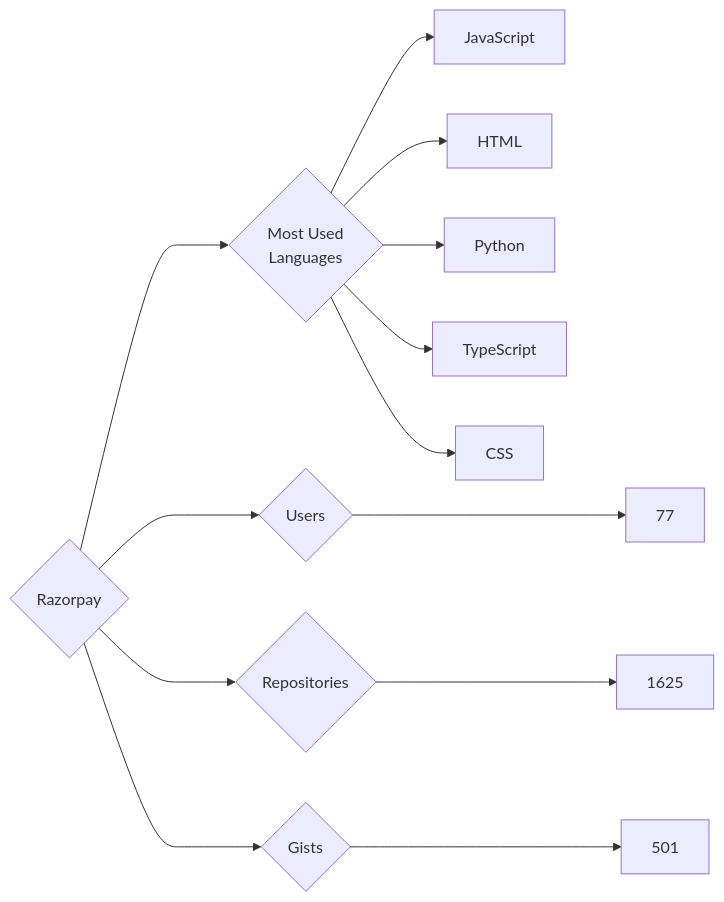
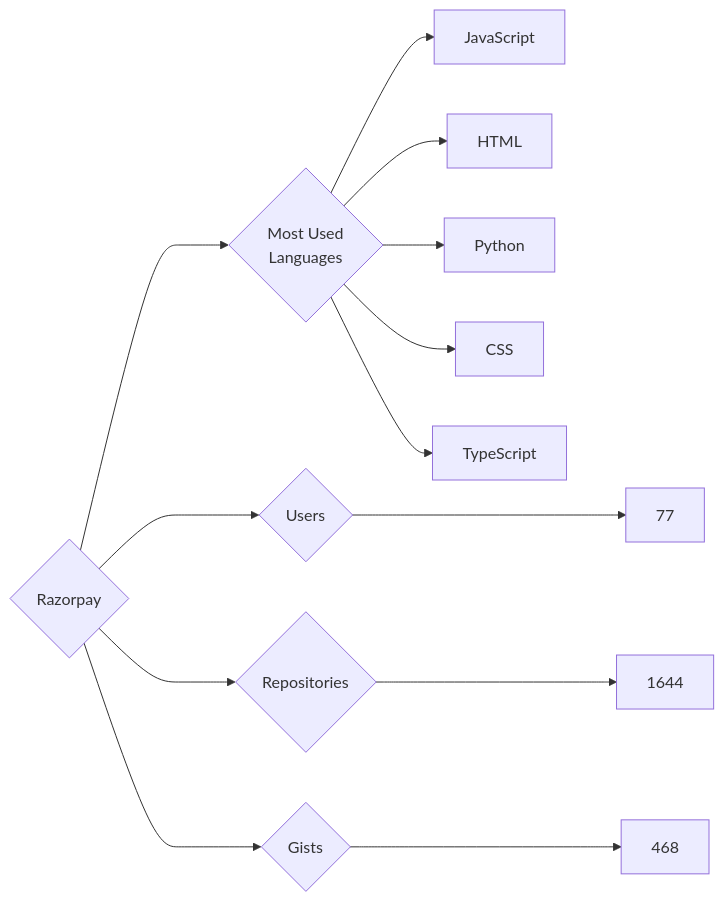
Before and after one commit to trickest/insiders: the diagram in targets/Razorpay/README.md, drawn with Mermaid. The commit also changed 903 other files, not shown here.

````diff
--- a/targets/Razorpay/README.md
+++ b/targets/Razorpay/README.md
@@ -3,13 +3,13 @@
 ```mermaid
 graph LR
 COMPANY_NAME{Razorpay}
 COMPANY_NAME ---> U{Users} ---> UN[77]
-COMPANY_NAME ---> R{Repositories} ---> RN[1625]
-COMPANY_NAME ---> G{Gists} ---> GN[501]
+COMPANY_NAME ---> R{Repositories} ---> RN[1644]
+COMPANY_NAME ---> G{Gists} ---> GN[468]
 COMPANY_NAME ---> ML{Most Used<br>Languages}
 ML --> JavaScript[JavaScript]
 ML --> HTML[HTML]
 ML --> Python[Python]
+ML --> CSS[CSS]
 ML --> TypeScript[TypeScript]
-ML --> CSS[CSS]
 ```
````
